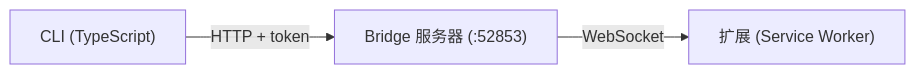
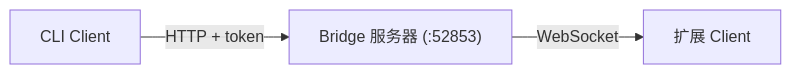
One commit to dreamhunter2333/browser-bridge-cli changed the first of 4 diagrams in README_CN.md. Above: the diagram before and after it, drawn with Mermaid. The commit also changed other lines of this file and 1 other file, not shown here.

````diff
--- a/README_CN.md
+++ b/README_CN.md
@@ -7,9 +7,9 @@
 ```mermaid
 graph LR
-    CLI["CLI (TypeScript)"]
+    CLI["CLI Client"]
     Bridge["Bridge 服务器 (:52853)"]
-    Ext["扩展 (Service Worker)"]
+    Ext["扩展 Client"]
 
     CLI -->|"HTTP + token"| Bridge
     Bridge -->|"WebSocket"| Ext
 ```
````
